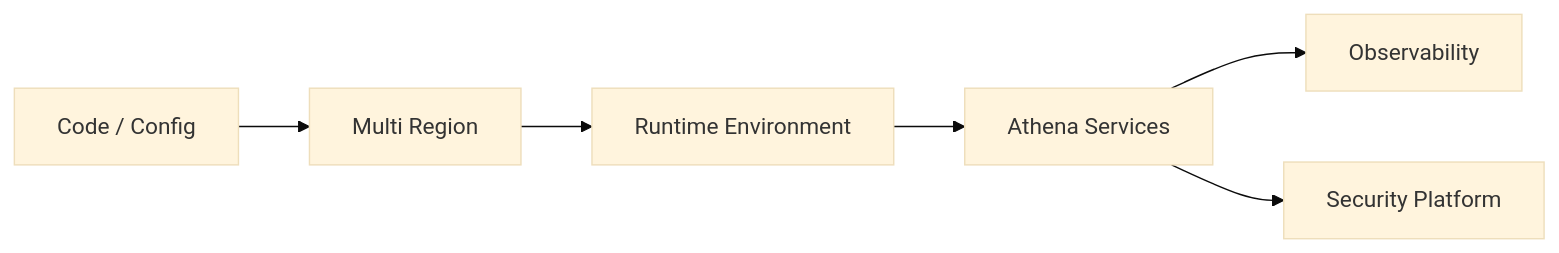
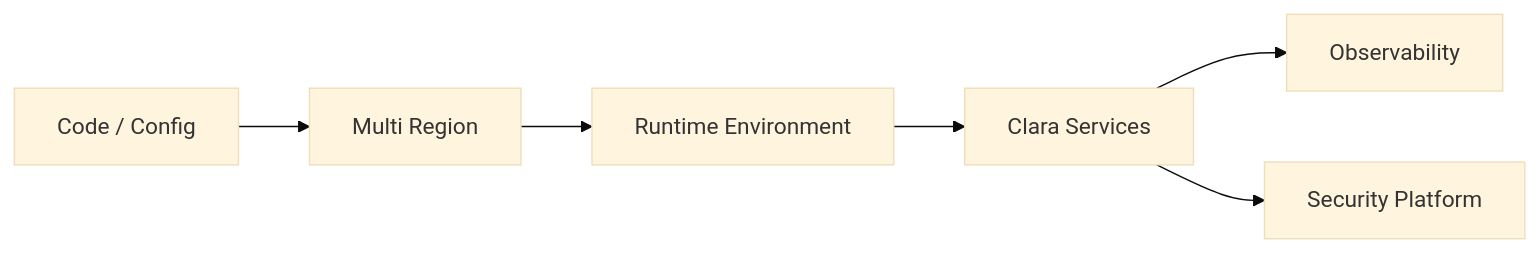
The diagram in docs/BOOK-02-Master-Blueprint/PART-09-Infrastructure/109-Multi-Region.md (VaxXinE/CLARA), drawn with Mermaid (base theme) before and after one commit. The commit also changed other lines of this file and 529 other files, not shown here.

````diff
--- a/docs/BOOK-02-Master-Blueprint/PART-09-Infrastructure/109-Multi-Region.md
+++ b/docs/BOOK-02-Master-Blueprint/PART-09-Infrastructure/109-Multi-Region.md
@@ -64,8 +64,8 @@
 ```mermaid
 flowchart LR
     Code[Code / Config] --> Infra[Multi Region]
     Infra --> Runtime[Runtime Environment]
-    Runtime --> Services[Athena Services]
+    Runtime --> Services[Clara Services]
     Services --> Observability[Observability]
     Services --> Security[Security Platform]
 ```
````
